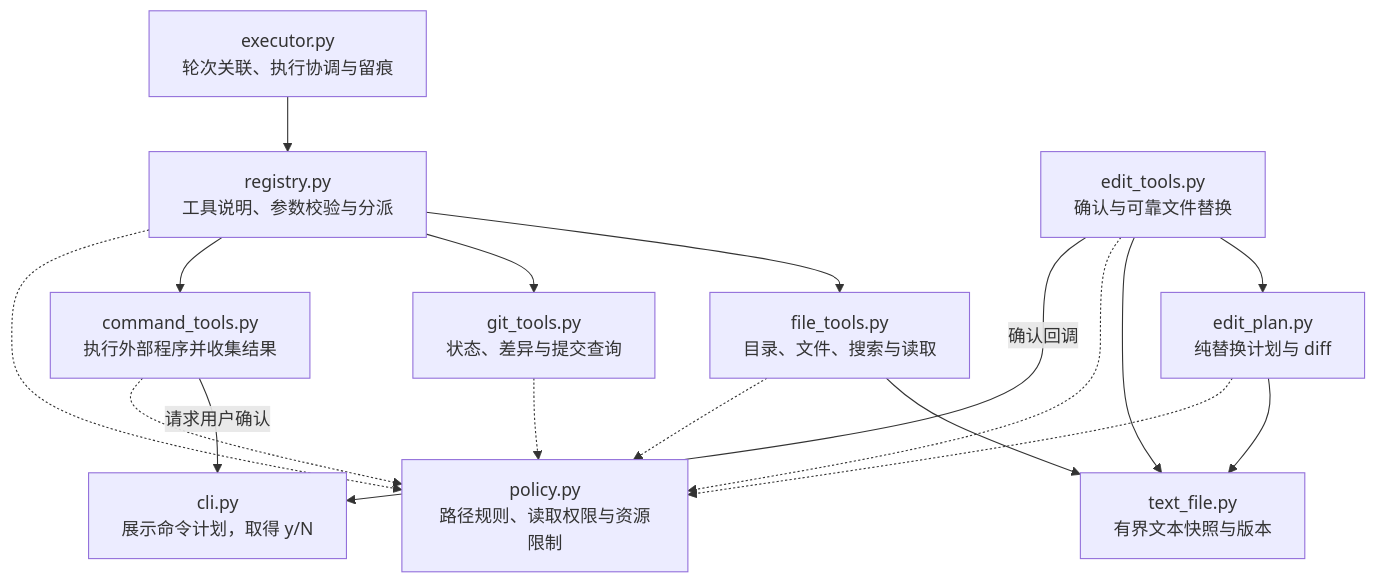
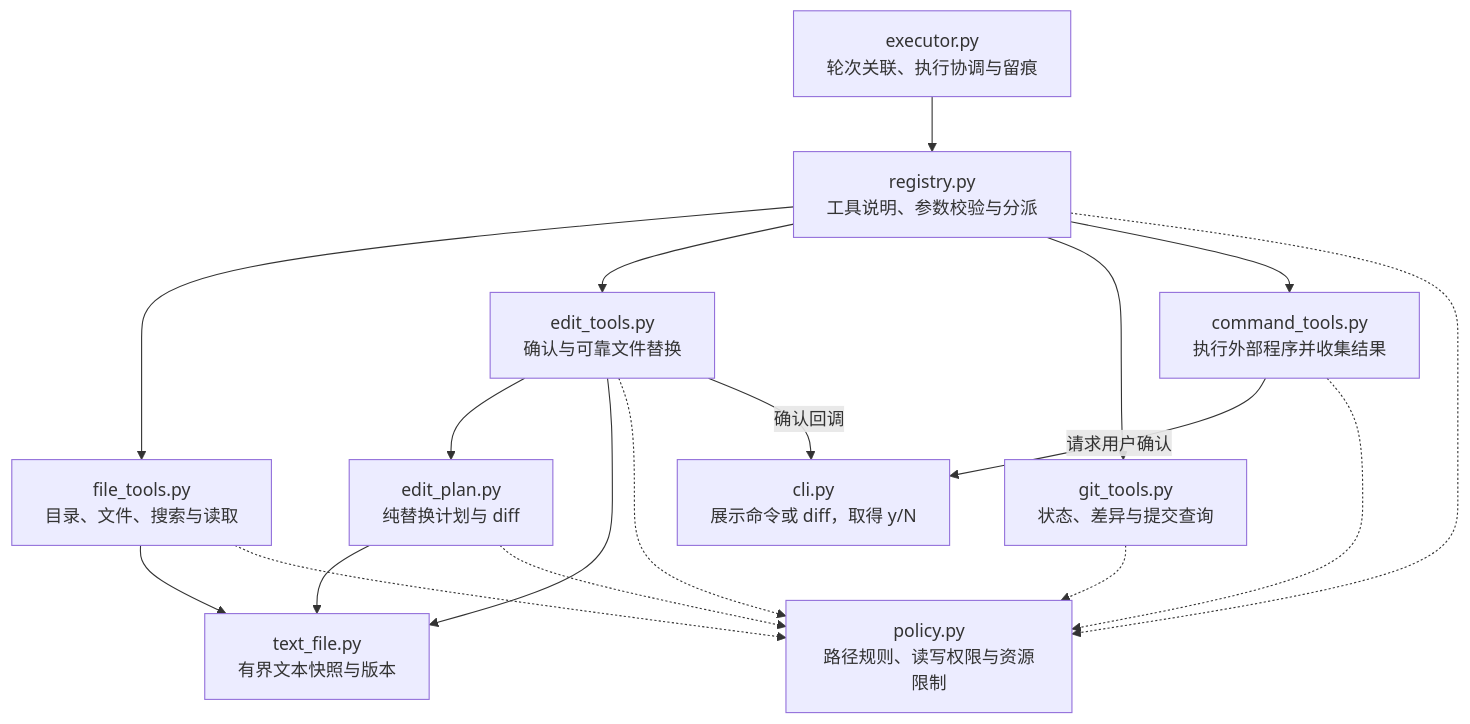
The second of 3 diagrams in docs/architecture.md (Plvltra/AdamAgent), drawn with Mermaid before and after one commit. The commit also changed other lines of this file and 22 other files, not shown here.

````diff
--- a/docs/architecture.md
+++ b/docs/architecture.md
@@ -71,20 +72,21 @@
 ```mermaid
 flowchart TD
     E["executor.py<br/>轮次关联、执行协调与留痕"] --> R["registry.py<br/>工具说明、参数校验与分派"]
     R --> F["file_tools.py<br/>目录、文件、搜索与读取"]
     F --> SNAP["text_file.py<br/>有界文本快照与版本"]
     PLAN["edit_plan.py<br/>纯替换计划与 diff"] --> SNAP
     PLAN -.-> P
+    R --> EDIT
     EDIT["edit_tools.py<br/>确认与可靠文件替换"] --> PLAN
     EDIT --> SNAP
     EDIT -.-> P
     EDIT -->|"确认回调"| UI
     R --> G["git_tools.py<br/>状态、差异与提交查询"]
     R --> C["command_tools.py<br/>执行外部程序并收集结果"]
-    C -->|"请求用户确认"| UI["cli.py<br/>展示命令计划，取得 y/N"]
+    C -->|"请求用户确认"| UI["cli.py<br/>展示命令或 diff，取得 y/N"]
 
-    R -.-> P["policy.py<br/>路径规则、读取权限与资源限制"]
+    R -.-> P["policy.py<br/>路径规则、读写权限与资源限制"]
     F -.-> P
     G -.-> P
     C -.-> P
 ```
````
